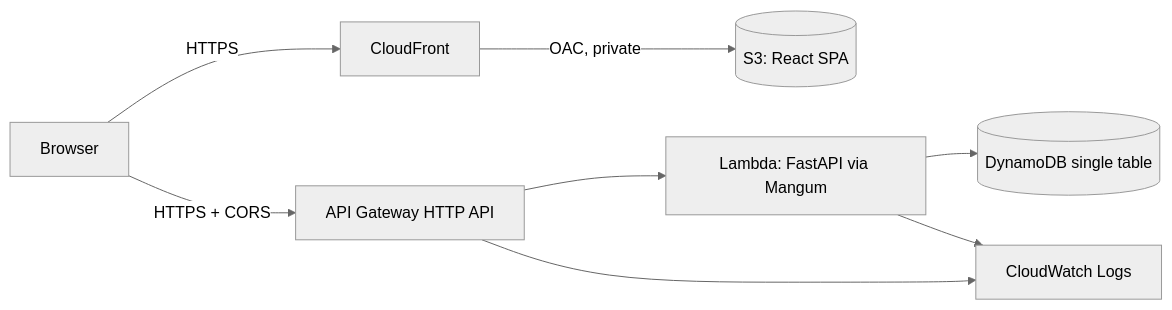
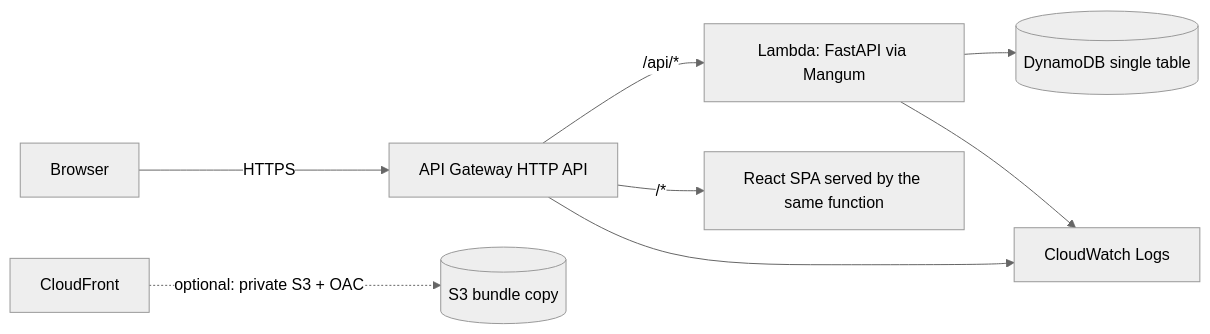
One commit to LOKESHPJ/enterprise-cloud-platform changed the first of 2 diagrams in README.md. Above: the diagram before and after it, drawn with Mermaid (neutral theme). The commit also changed other lines of this file and 2 other files, not shown here.

Commit message:
docs: document dual SPA hosting modes; remove temporary OIDC diagnostic workflow

````diff
--- a/README.md
+++ b/README.md
@@ -26,10 +26,10 @@
 ```mermaid
 flowchart LR
-    U[Browser] -->|HTTPS| CF[CloudFront]
-    CF -->|OAC, private| S3[(S3: React SPA)]
-    U -->|HTTPS + CORS| APIGW[API Gateway HTTP API]
-    APIGW --> L[Lambda: FastAPI via Mangum]
+    U[Browser] -->|HTTPS| APIGW[API Gateway HTTP API]
+    APIGW -->|/api/*| L[Lambda: FastAPI via Mangum]
+    APIGW -->|/*| SPA[React SPA served by the same function]
     L --> DDB[(DynamoDB single table)]
     L --> LOGS[CloudWatch Logs]
     APIGW --> LOGS
+    CF[CloudFront] -.->|optional: private S3 + OAC| S3[(S3 bundle copy)]
 ```
````
